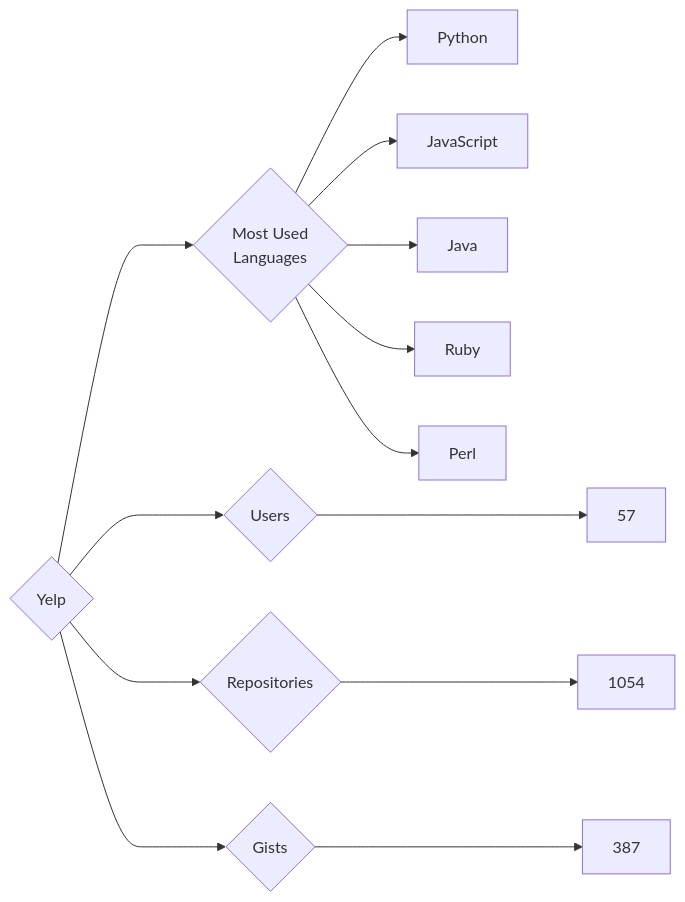
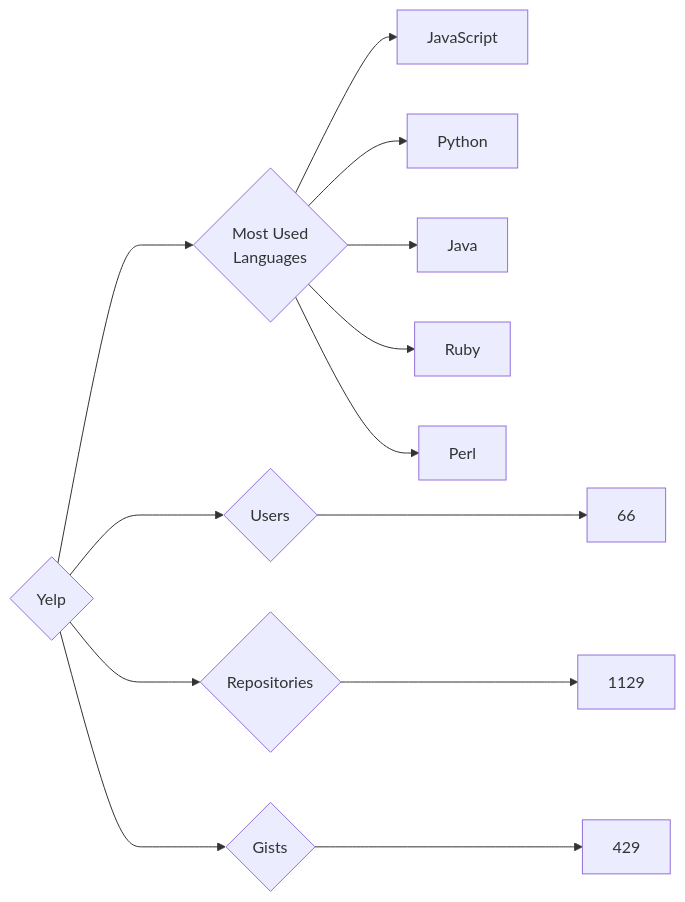
The diagram in targets/Yelp/README.md (trickest/insiders), drawn with Mermaid before and after one commit. The commit also changed 815 other files, not shown here.

````diff
--- a/targets/Yelp/README.md
+++ b/targets/Yelp/README.md
@@ -3,13 +3,13 @@
 ```mermaid
 graph LR
 COMPANY_NAME{Yelp}
-COMPANY_NAME ---> U{Users} ---> UN[57]
-COMPANY_NAME ---> R{Repositories} ---> RN[1054]
-COMPANY_NAME ---> G{Gists} ---> GN[387]
+COMPANY_NAME ---> U{Users} ---> UN[66]
+COMPANY_NAME ---> R{Repositories} ---> RN[1129]
+COMPANY_NAME ---> G{Gists} ---> GN[429]
 COMPANY_NAME ---> ML{Most Used<br>Languages}
+ML --> JavaScript[JavaScript]
 ML --> Python[Python]
-ML --> JavaScript[JavaScript]
 ML --> Java[Java]
 ML --> Ruby[Ruby]
 ML --> Perl[Perl]
 ```
````
